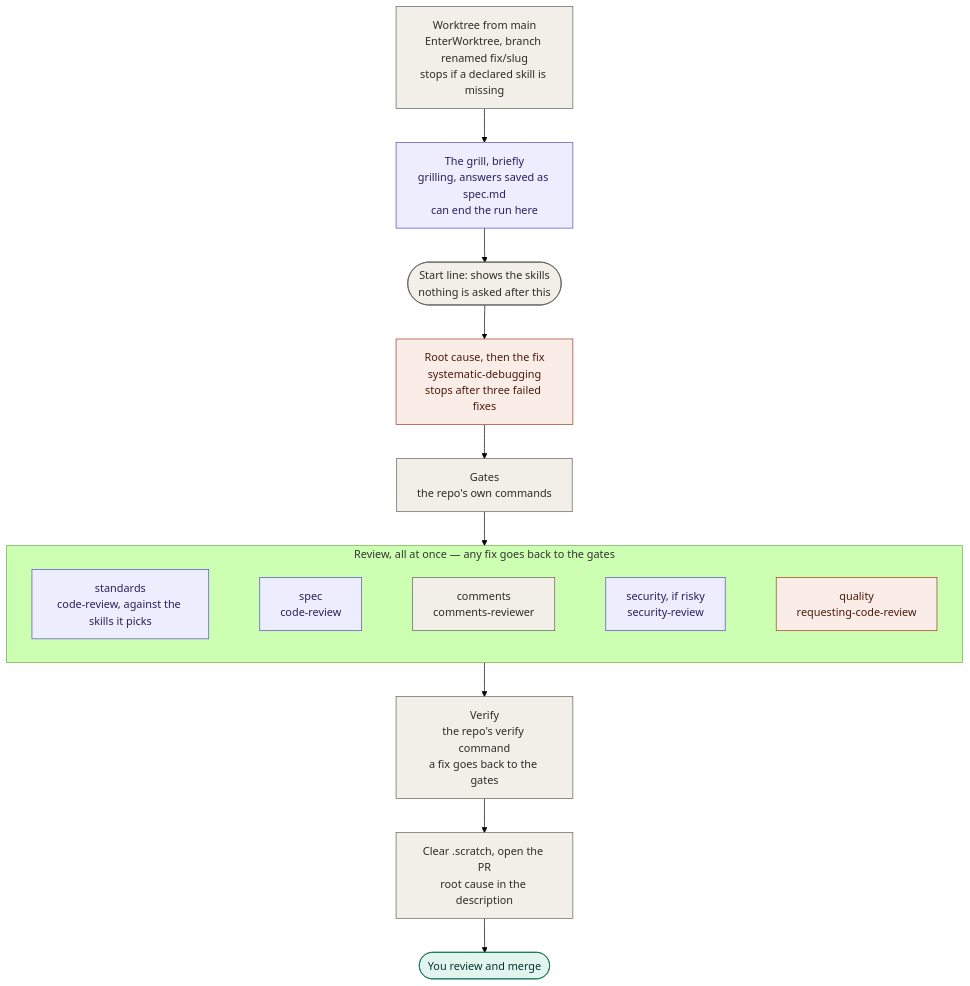
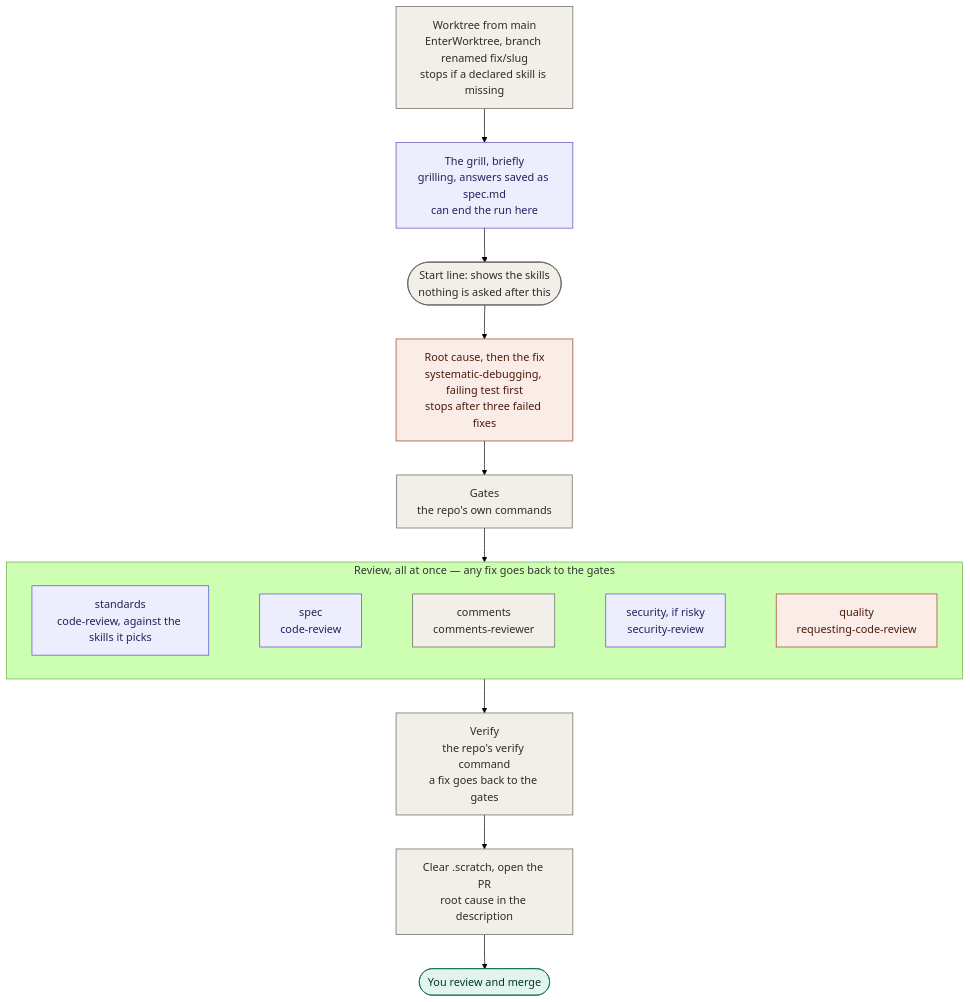
Before and after one commit to junayed711/temper: the second of 6 diagrams in README.md, drawn with Mermaid (forest theme). The commit also changed other lines of this file, not shown here.

Commit message:
show test-first in the readme feature and bug diagrams

````diff
--- a/README.md
+++ b/README.md
@@ -393,29 +393,29 @@
 ```mermaid
 flowchart TD
     wt["Worktree from main<br/>EnterWorktree, branch renamed fix/slug<br/>stops if a declared skill is missing"]:::temper
     grill["The grill, briefly<br/>grilling, answers saved as spec.md<br/>can end the run here"]:::matt
     go(["Start line: shows the skills<br/>nothing is asked after this"]):::temper
-    debug["Root cause, then the fix<br/>systematic-debugging<br/>stops after three failed fixes"]:::sp
+    debug["Root cause, then the fix<br/>systematic-debugging, failing test first<br/>stops after three failed fixes"]:::sp
     gates["Gates<br/>the repo's own commands"]:::temper
 
     subgraph panel["Review, all at once — any fix goes back to the gates"]
         direction LR
         r1["standards<br/>code-review, against the skills it picks"]:::matt
         r2["spec<br/>code-review"]:::matt
         r3["comments<br/>comments-reviewer"]:::temper
         r4["security, if risky<br/>security-review"]:::matt
         r5["quality<br/>requesting-code-review"]:::sp
         r1 ~~~ r2 ~~~ r3 ~~~ r4 ~~~ r5
     end
 
     verify["Verify<br/>the repo's verify command<br/>a fix goes back to the gates"]:::temper
     pr["Clear .scratch, open the PR<br/>root cause in the description"]:::temper
     merge(["You review and merge"]):::you
 
     wt --> grill --> go --> debug --> gates --> panel --> verify --> pr --> merge
 
     classDef matt fill:#EEEDFE,stroke:#534AB7,color:#26215C
     classDef sp fill:#FAECE7,stroke:#993C1D,color:#4A1B0C
     classDef you fill:#E1F5EE,stroke:#0F6E56,color:#04342C
     classDef temper fill:#F1EFE8,stroke:#5F5E5A,color:#2C2C2A
 ```
````
